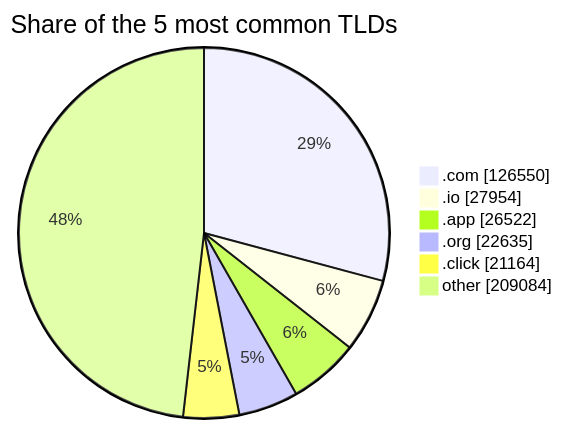
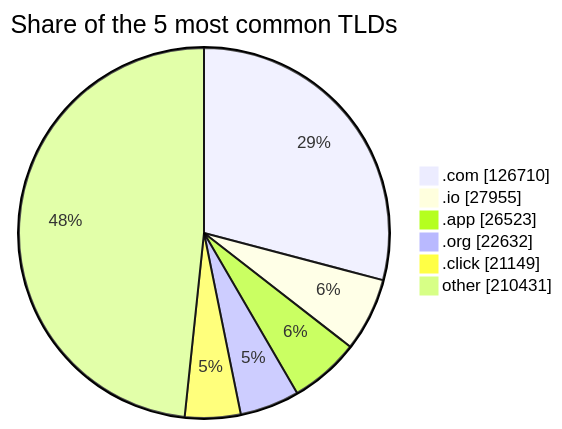
One commit to DNSBunker/CTI changed the third of 3 diagrams in README.md. Above: the diagram before and after it, drawn with Mermaid. The commit also changed other lines of this file and 3 other files, not shown here.

````diff
--- a/README.md
+++ b/README.md
@@ -81,9 +81,9 @@
 ```mermaid
 pie showData title Share of the 5 most common TLDs
-    ".com" : 126550
-    ".io" : 27954
-    ".app" : 26522
-    ".org" : 22635
-    ".click" : 21164
-    "other" : 209084
+    ".com" : 126710
+    ".io" : 27955
+    ".app" : 26523
+    ".org" : 22632
+    ".click" : 21149
+    "other" : 210431
 ```
````
